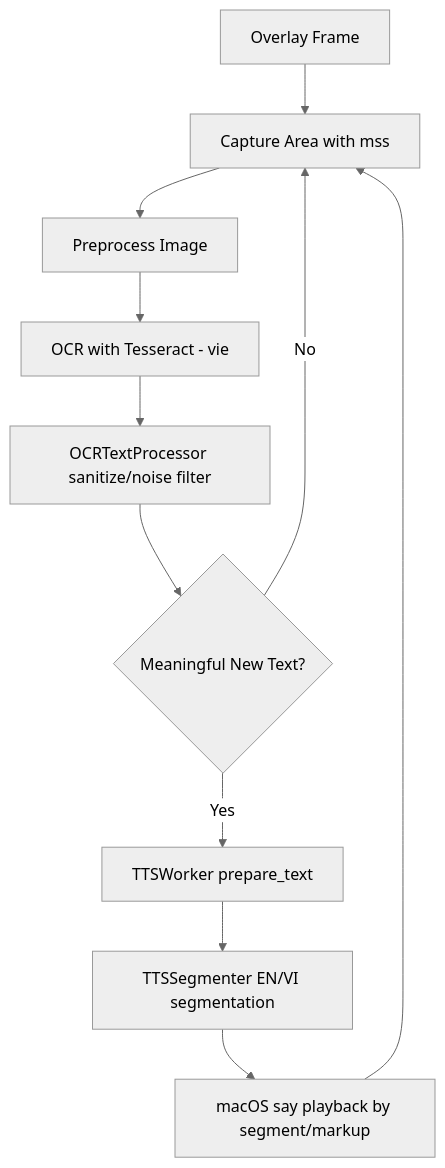
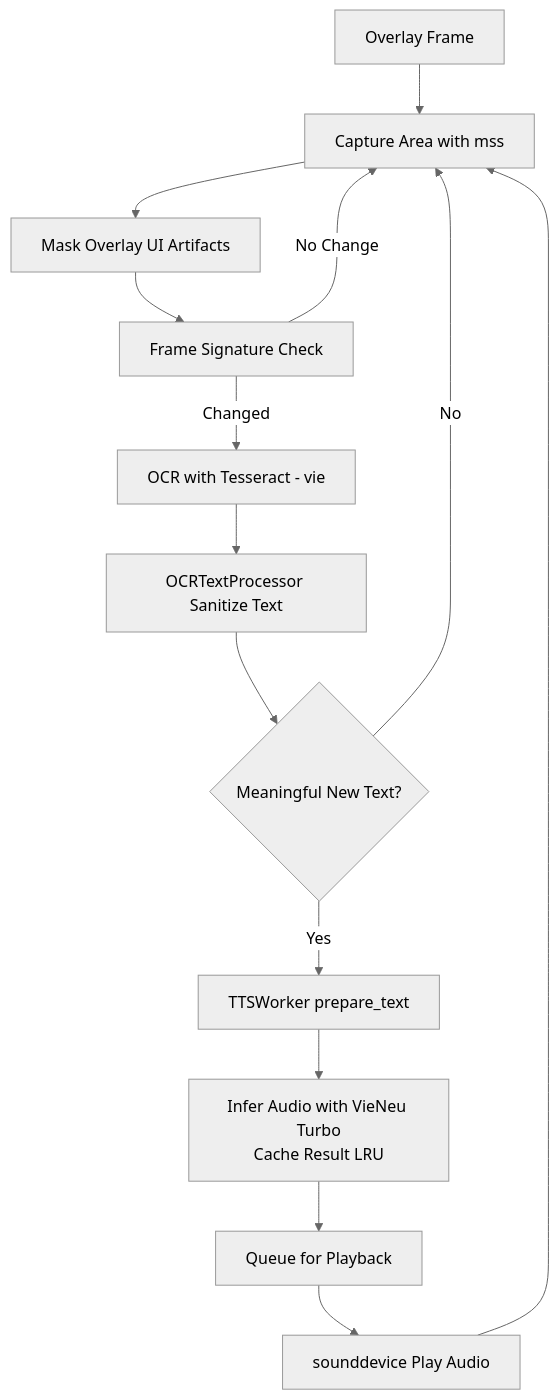
Before and after one commit to famtong8-dev/w3-speak-shot: the diagram in README.md, drawn with Mermaid (neutral theme). The commit also changed other lines of this file and 13 other files, not shown here.

````diff
--- a/README.md
+++ b/README.md
@@ -70,13 +77,16 @@
 ```mermaid
 flowchart TD
     A[Overlay Frame] --> B[Capture Area with mss]
-    B --> C[Preprocess Image]
-    C --> D[OCR with Tesseract - vie]
-    D --> E[OCRTextProcessor sanitize/noise filter]
-    E --> F{Meaningful New Text?}
-    F -- No --> B
-    F -- Yes --> G[TTSWorker prepare_text]
-    G --> H[TTSSegmenter EN/VI segmentation]
-    H --> I[macOS say playback by segment/markup]
-    I --> B
+    B --> C[Mask Overlay UI Artifacts]
+    C --> D[Frame Signature Check]
+    D -- No Change --> B
+    D -- Changed --> E[OCR with Tesseract - vie]
+    E --> F[OCRTextProcessor Sanitize Text]
+    F --> G{Meaningful New Text?}
+    G -- No --> B
+    G -- Yes --> H[TTSWorker prepare_text]
+    H --> I[Infer Audio with VieNeu Turbo<br/>Cache Result LRU]
+    I --> J[Queue for Playback]
+    J --> K[sounddevice Play Audio]
+    K --> B
 ```
````
